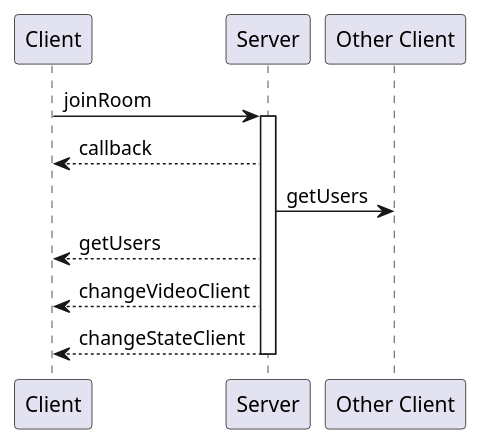
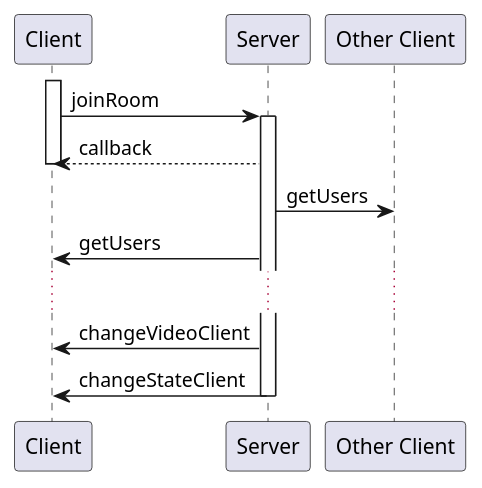
Before and after one commit to Dragicafit/Anime-Watch-Parties: the diagram in wiki/resource/joinRoom.puml, drawn with PlantUML. The commit also changed 3 other files, not shown here.

```diff
--- a/wiki/resource/joinRoom.puml
+++ b/wiki/resource/joinRoom.puml
@@ -1,12 +1,15 @@
 @startuml joinRoom
 
+activate Client
 Client -> Server: joinRoom
 activate Server
 Client <-- Server: callback
+deactivate Client
 Server -> "Other Client": getUsers
-Client <-- Server: getUsers
-Client <-- Server: changeVideoClient
-Client <-- Server: changeStateClient
+Client <- Server: getUsers
+...
+Client <- Server: changeVideoClient
+Client <- Server: changeStateClient
 deactivate Server
 
 @enduml
```
